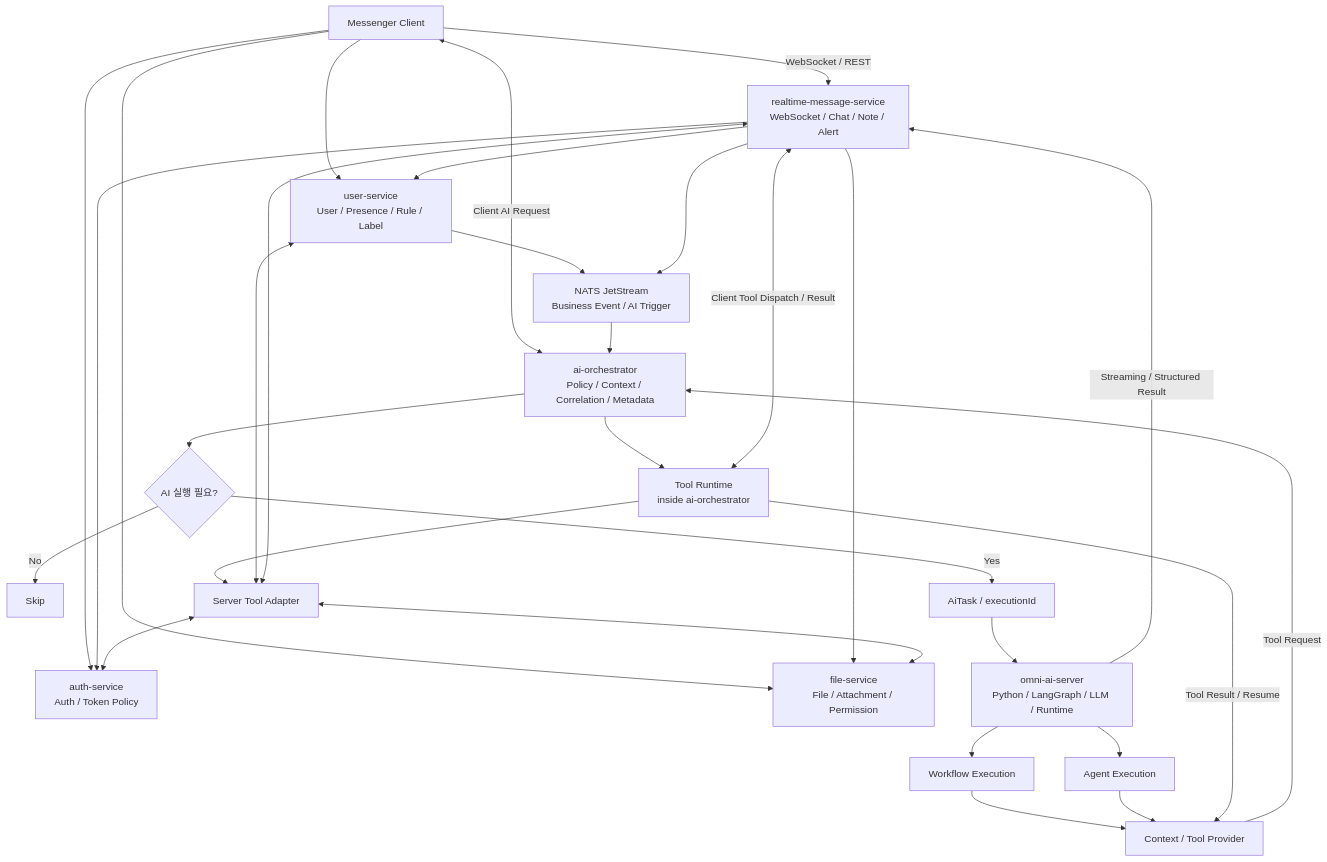
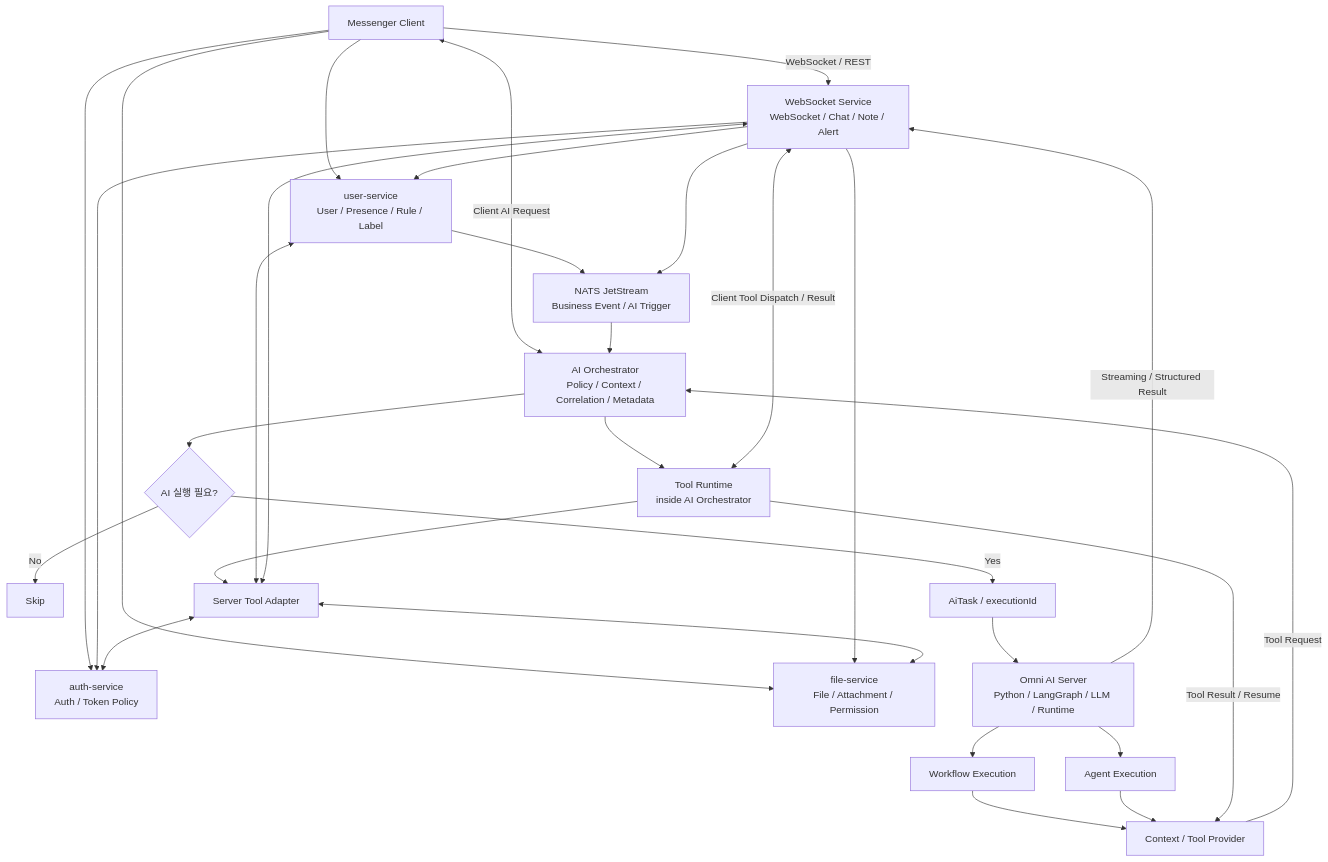
Before and after one commit to kipo3195/omni-ai-architecture: the diagram in docs/architecture.md, drawn with Mermaid. The commit also changed other lines of this file and 15 other files, not shown here.

````diff
--- a/docs/architecture.md
+++ b/docs/architecture.md
@@ -21,37 +21,37 @@
 ```mermaid
 flowchart TD
-    A[Messenger Client] -->|WebSocket / REST| B[realtime-message-service<br/>WebSocket / Chat / Note / Alert]
-    A <-->|Client AI Request| G[ai-orchestrator<br/>Policy / Context / Correlation / Metadata]
+    A[Messenger Client] -->|WebSocket / REST| B[WebSocket Service<br/>WebSocket / Chat / Note / Alert]
+    A <-->|Client AI Request| G[AI Orchestrator<br/>Policy / Context / Correlation / Metadata]
     A --> C[user-service<br/>User / Presence / Rule / Label]
     A --> D[auth-service<br/>Auth / Token Policy]
     A --> E[file-service<br/>File / Attachment / Permission]
 
     B --> C[user-service<br/>User / Presence / Rule / Label]
     B --> D[auth-service<br/>Auth / Token Policy]
     B --> E[file-service<br/>File / Attachment / Permission]
 
     C --> F[NATS JetStream<br/>Business Event / AI Trigger]
     B --> F
     F --> G
 
     G --> H{AI 실행 필요?}
     H -- No --> I[Skip]
     H -- Yes --> J[AiTask / executionId]
-    J --> K[omni-ai-server<br/>Python / LangGraph / LLM / Runtime]
+    J --> K[Omni AI Server<br/>Python / LangGraph / LLM / Runtime]
 
     K --> L[Workflow Execution]
     K --> M[Agent Execution]
     L --> N[Context / Tool Provider]
     M --> N
     N -->|Tool Request| G
-    G --> O[Tool Runtime<br/>inside ai-orchestrator]
+    G --> O[Tool Runtime<br/>inside AI Orchestrator]
     O --> V[Server Tool Adapter]
     V <--> C
     V <--> D
     V <--> E
     V <--> B
     O <-->|Client Tool Dispatch / Result| B
     O -->|Tool Result / Resume| N
 
     K -->|Streaming / Structured Result| B
 ```
````
